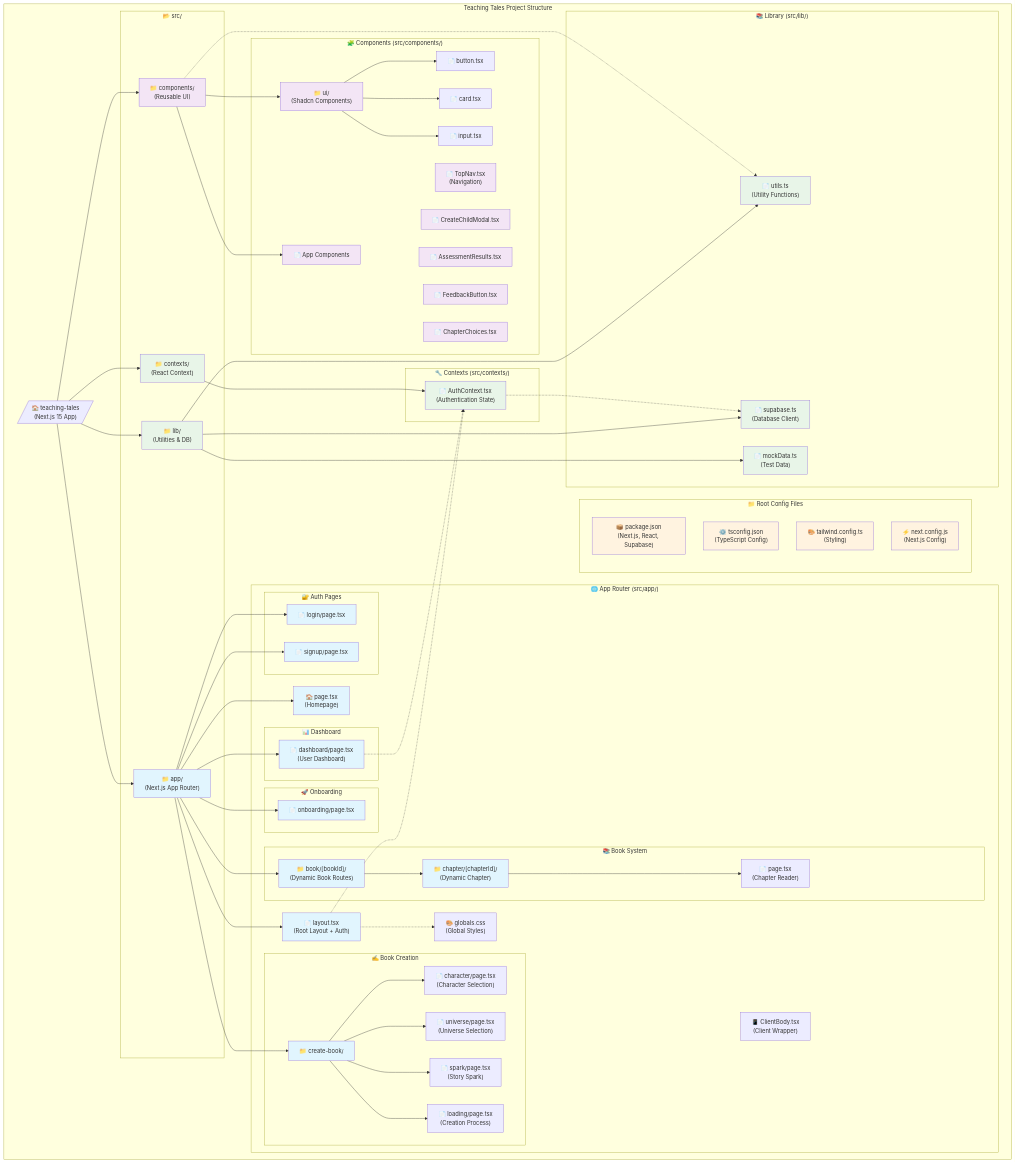
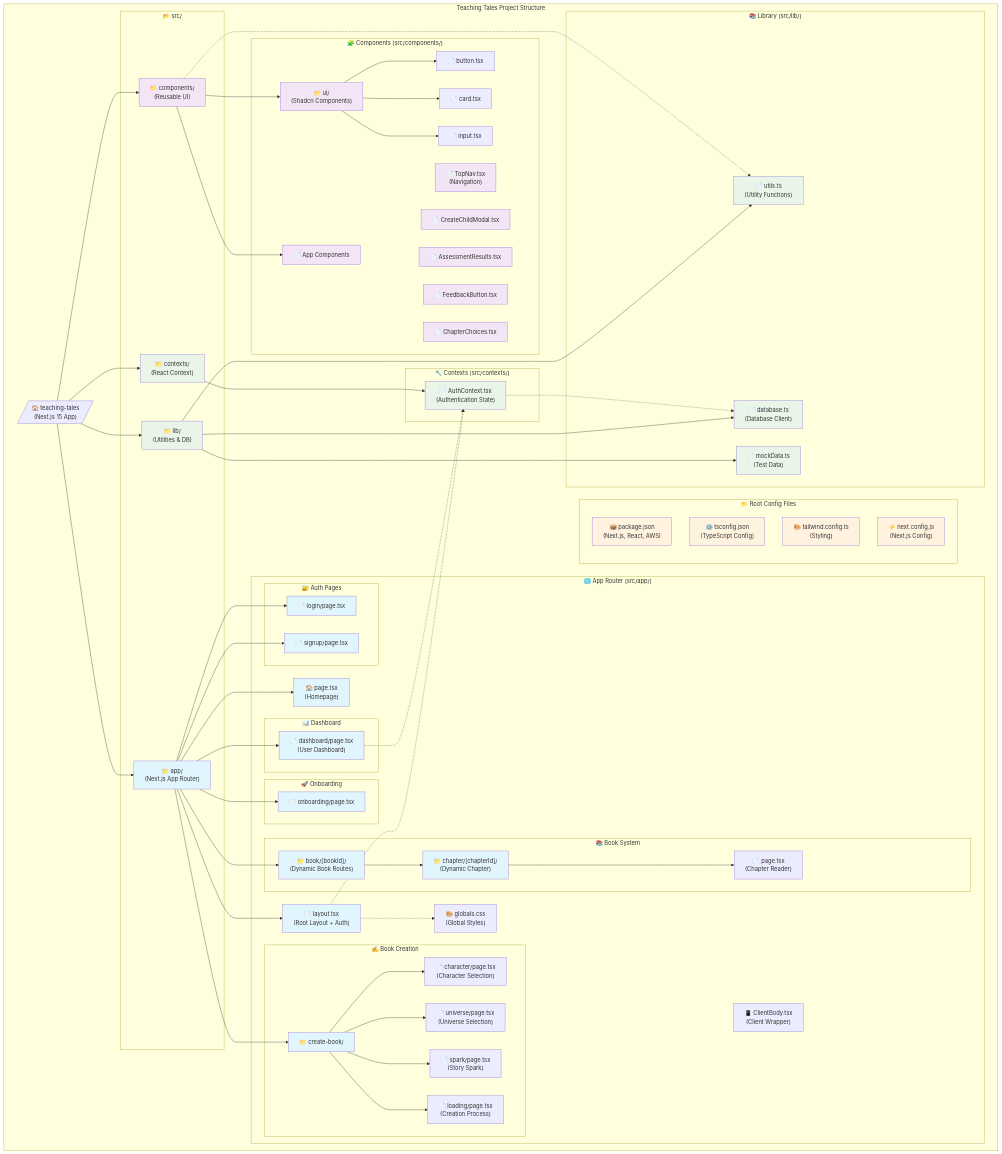
The diagram in docs/CODEBASE_MAP.md (yashchitneni/teaching-tales), drawn with Mermaid before and after one commit. The commit also changed other lines of this file and 10 other files, not shown here.

````diff
--- a/docs/CODEBASE_MAP.md
+++ b/docs/CODEBASE_MAP.md
@@ -21,7 +21,7 @@
         root[/"🏠 teaching-tales<br/>(Next.js 15 App)"/]
         
         subgraph "📁 Root Config Files"
-            package["📦 package.json<br/>(Next.js, React, Supabase)"]
+            package["📦 package.json<br/>(Next.js, React, AWS)"]
             tsconfig["⚙️ tsconfig.json<br/>(TypeScript Config)"]
             tailwind["🎨 tailwind.config.ts<br/>(Styling)"]
             next["⚡ next.config.js<br/>(Next.js Config)"]
@@ -88,7 +88,7 @@
         
         subgraph "📚 Library (src/lib/)"
             utils["📄 utils.ts<br/>(Utility Functions)"]
-            supabase_client["📄 supabase.ts<br/>(Database Client)"]
+            database_client["📄 database.ts<br/>(Database Client)"]
             mock_data["📄 mockData.ts<br/>(Test Data)"]
         end
     end
@@ -125,14 +125,14 @@
     contexts --> auth_context
     
     lib --> utils
-    lib --> supabase_client
+    lib --> database_client
     lib --> mock_data
     
     %% Key integrations
     layout -.-> auth_context
     dashboard -.-> auth_context
     layout -.-> globals
-    auth_context -.-> supabase_client
+    auth_context -.-> database_client
     components -.-> utils
     
     classDef appRouter fill:#e1f5fe
@@ -143,5 +143,5 @@
     class app_dir,layout,home,login,signup,dashboard,onboarding,book_dynamic,create_book,chapter_dynamic appRouter
     class components,ui_components,app_components,top_nav,create_child,assessment,feedback,choices components
     class package,tsconfig,tailwind,next config
-    class lib,utils,supabase_client,mock_data,contexts,auth_context lib
+    class lib,utils,database_client,mock_data,contexts,auth_context lib
 ```
````
